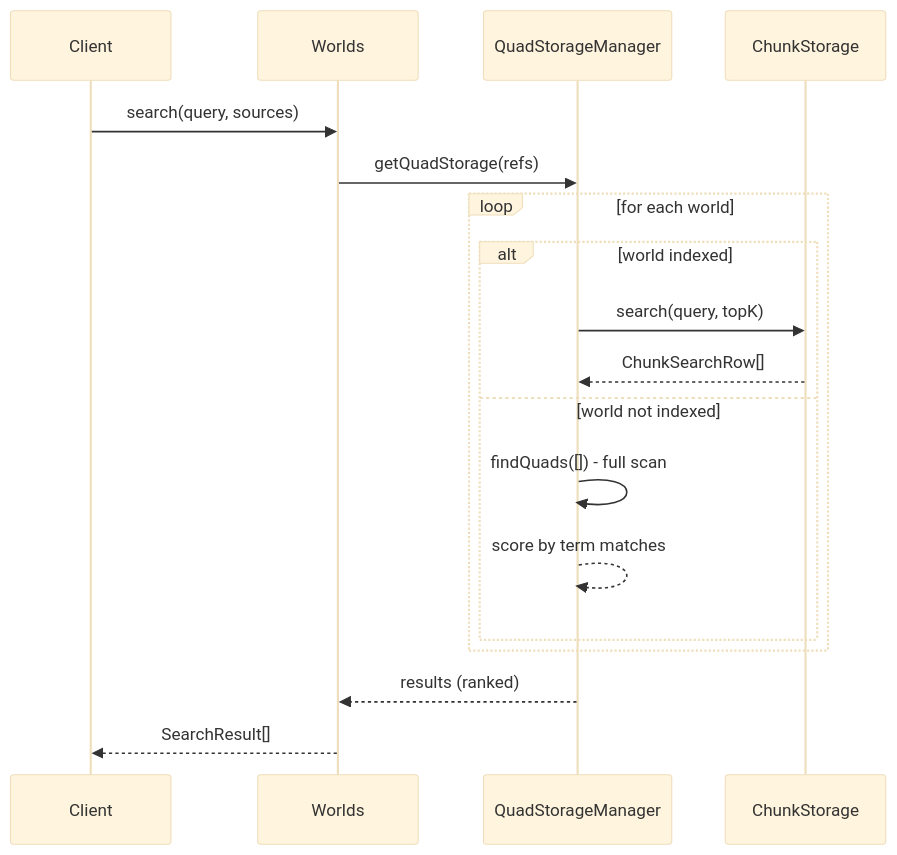
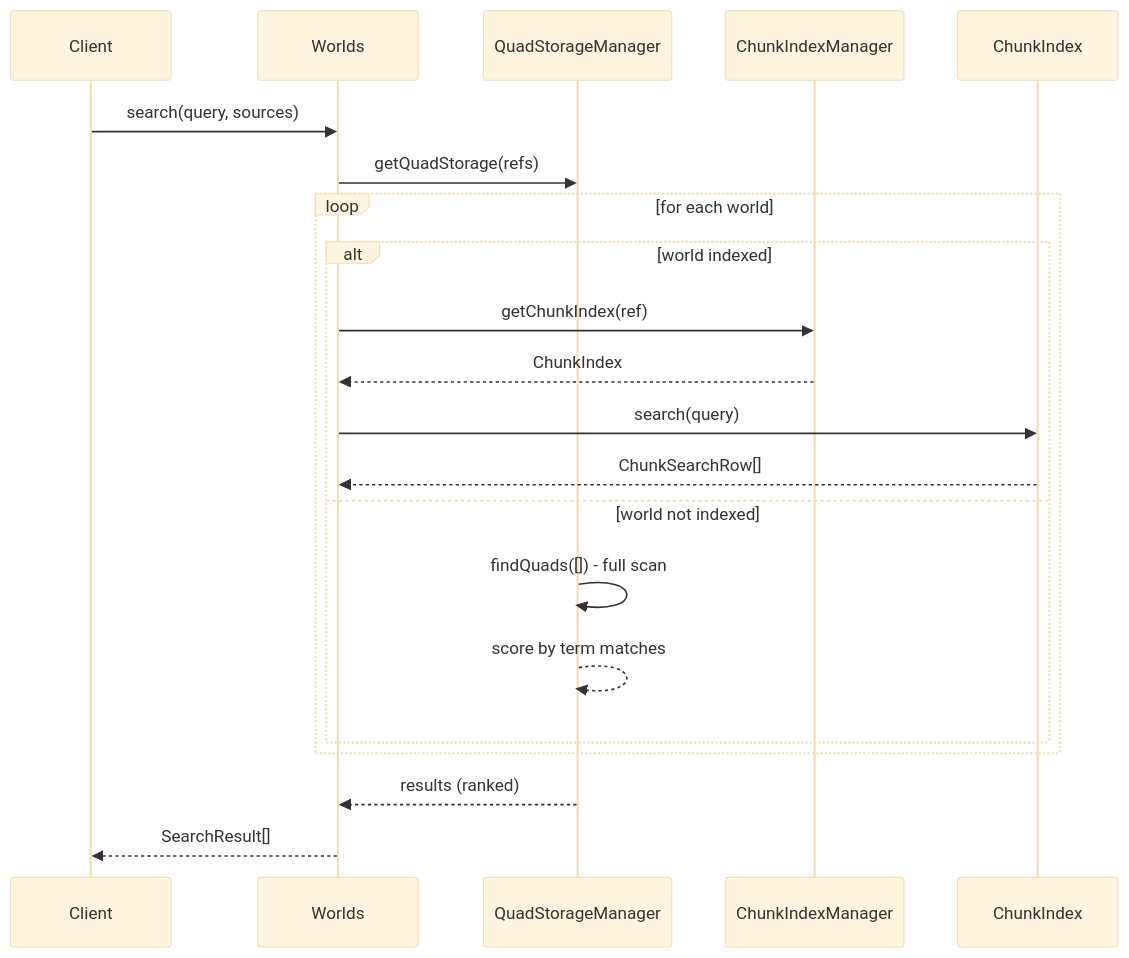
The third of 5 diagrams in docs/ARCHITECTURE.md (wazootech/worlds-api), drawn with Mermaid (base theme) before and after one commit. The commit also changed other lines of this file, not shown here.

First line of the commit message:
docs: align architecture diagrams with chunk index

````diff
--- a/docs/ARCHITECTURE.md
+++ b/docs/ARCHITECTURE.md
@@ -185,23 +190,26 @@
 ```mermaid
 sequenceDiagram
     participant Client
     participant Worlds
     participant QuadStorageManager
-    participant ChunkStorage
+    participant ChunkIndexManager
+    participant ChunkIndex
     
     Client->>Worlds: search(query, sources)
     Worlds->>QuadStorageManager: getQuadStorage(refs)
     
     loop for each world
         alt world indexed
-            QuadStorageManager->>ChunkStorage: search(query, topK)
-            ChunkStorage-->>QuadStorageManager: ChunkSearchRow[]
+            Worlds->>ChunkIndexManager: getChunkIndex(ref)
+            ChunkIndexManager-->>Worlds: ChunkIndex
+            Worlds->>ChunkIndex: search(query)
+            ChunkIndex-->>Worlds: ChunkSearchRow[]
         else world not indexed
             QuadStorageManager->>QuadStorageManager: findQuads([]) - full scan
             QuadStorageManager-->>QuadStorageManager: score by term matches
         end
     end
     
     QuadStorageManager-->>Worlds: results (ranked)
     Worlds-->>Client: SearchResult[]
 ```
````
